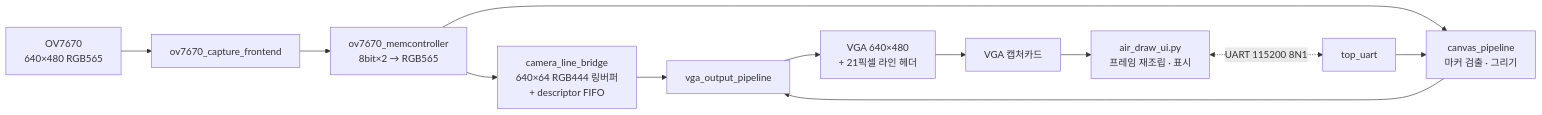
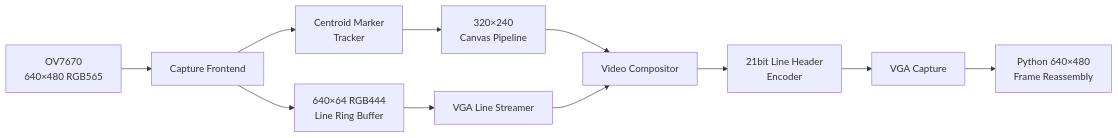
The third of 3 diagrams in README.md (Bourrasque-21/VGA_AIR_DRAWING), drawn with Mermaid before and after one commit. The commit also changed other lines of this file and 9 other files, not shown here.

````diff
--- a/README.md
+++ b/README.md
@@ -28,14 +247,13 @@
 ```mermaid
 flowchart LR
-    CAM["OV7670<br/>640×480 RGB565"] --> FE["ov7670_capture_frontend"]
-    FE --> MC["ov7670_memcontroller<br/>8bit×2 → RGB565"]
-    MC --> RING["camera_line_bridge<br/>640×64 RGB444 링버퍼<br/>+ descriptor FIFO"]
-    MC --> CP["canvas_pipeline<br/>마커 검출 · 그리기"]
-    RING --> OUT["vga_output_pipeline"]
-    CP --> OUT
-    OUT --> VGA["VGA 640×480<br/>+ 21픽셀 라인 헤더"]
-    VGA --> CC["VGA 캡처카드"]
-    CC --> PY["air_draw_ui.py<br/>프레임 재조립 · 표시"]
-    PY <-. "UART 115200 8N1" .-> UT["top_uart"]
-    UT --> CP
+    CAM["OV7670<br/>640×480 RGB565"] --> CAP["Capture Frontend"]
+    CAP --> RING["640×64 RGB444<br/>Line Ring Buffer"]
+    CAP --> TRACK["Centroid Marker<br/>Tracker"]
+    RING --> STREAM["VGA Line Streamer"]
+    TRACK --> CANVAS["320×240<br/>Canvas Pipeline"]
+    CANVAS --> MIX["Video Compositor"]
+    STREAM --> MIX
+    MIX --> HEADER["21bit Line Header<br/>Encoder"]
+    HEADER --> VGA["VGA Capture"]
+    VGA --> REBUILD["Python 640×480<br/>Frame Reassembly"]
 ```
````
